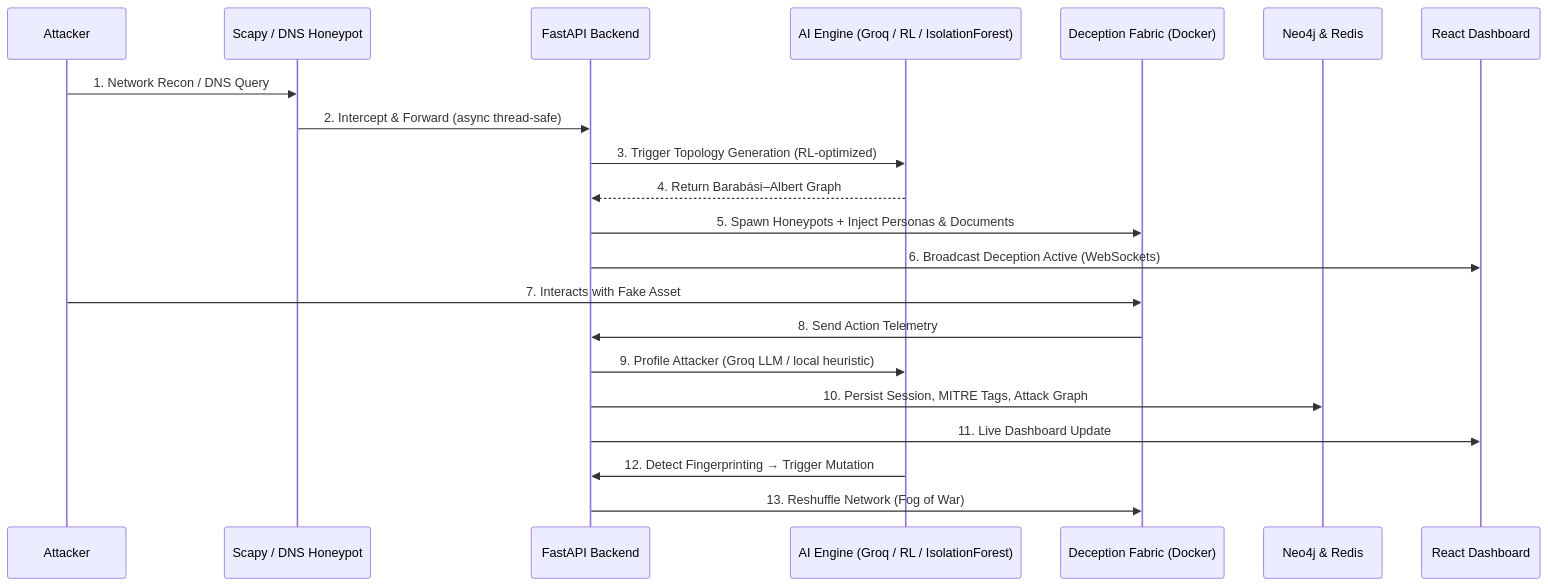
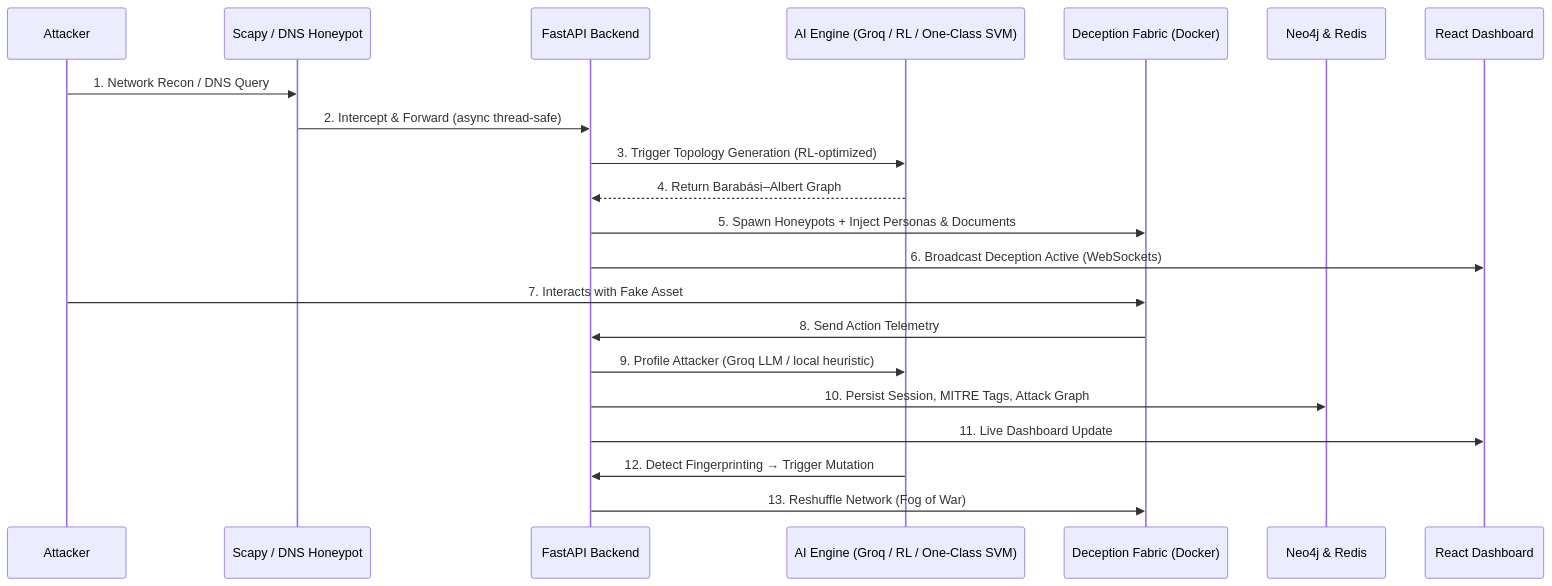
One commit to souma9830/ShadowMess-AI changed the diagram in README.md. Above: the diagram before and after it, drawn with Mermaid. The commit also changed other lines of this file and 20 other files, not shown here.

````diff
--- a/README.md
+++ b/README.md
@@ -25,24 +25,24 @@
 ```mermaid
 sequenceDiagram
     participant A as Attacker
     participant S as Scapy / DNS Honeypot
     participant B as FastAPI Backend
-    participant AI as AI Engine (Groq / RL / IsolationForest)
+    participant AI as AI Engine (Groq / RL / One-Class SVM)
     participant D as Deception Fabric (Docker)
     participant DB as Neo4j & Redis
     participant F as React Dashboard
 
     A->>S: 1. Network Recon / DNS Query
     S->>B: 2. Intercept & Forward (async thread-safe)
     B->>AI: 3. Trigger Topology Generation (RL-optimized)
     AI-->>B: 4. Return Barabási–Albert Graph
     B->>D: 5. Spawn Honeypots + Inject Personas & Documents
     B->>F: 6. Broadcast Deception Active (WebSockets)
     A->>D: 7. Interacts with Fake Asset
     D->>B: 8. Send Action Telemetry
     B->>AI: 9. Profile Attacker (Groq LLM / local heuristic)
     B->>DB: 10. Persist Session, MITRE Tags, Attack Graph
     B->>F: 11. Live Dashboard Update
     AI->>B: 12. Detect Fingerprinting → Trigger Mutation
     B->>D: 13. Reshuffle Network (Fog of War)
 ```
````
